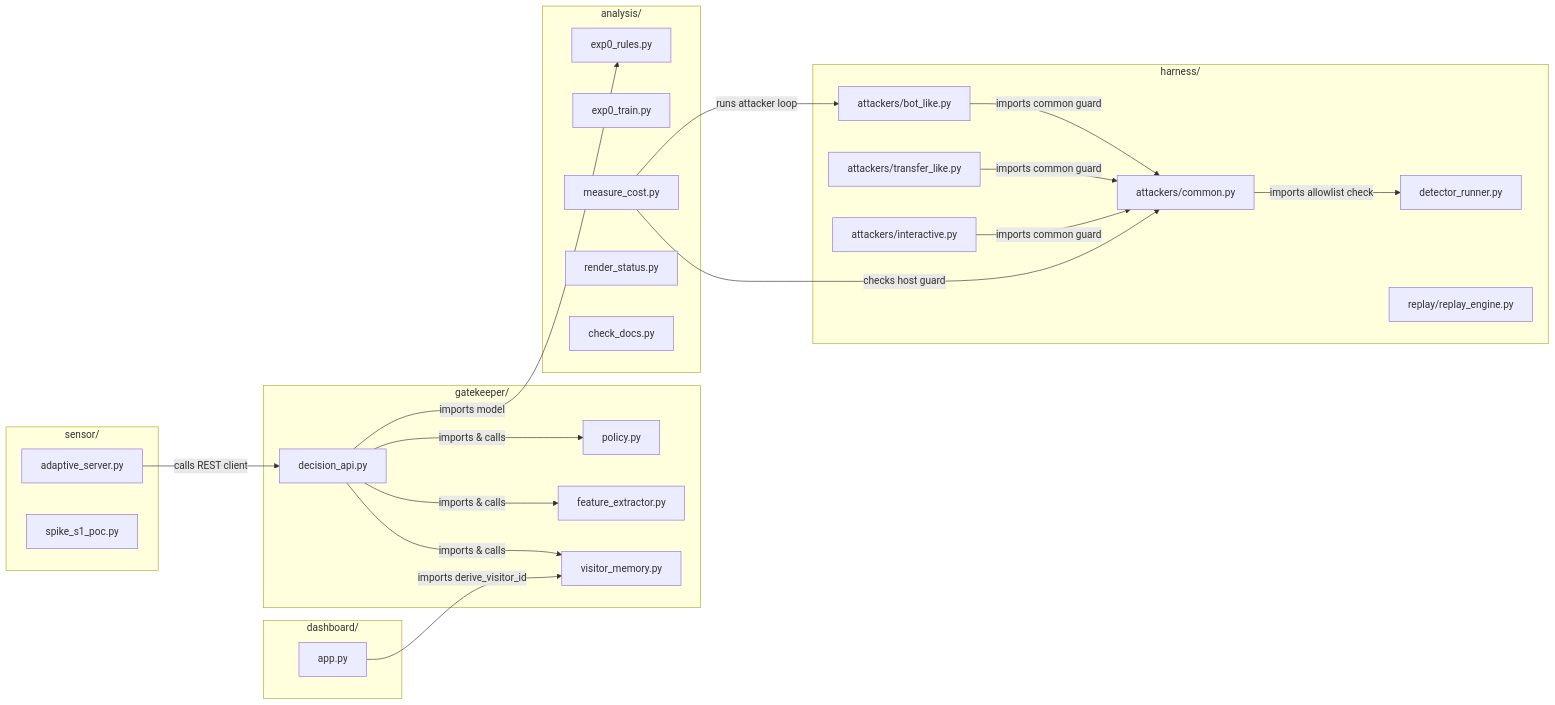
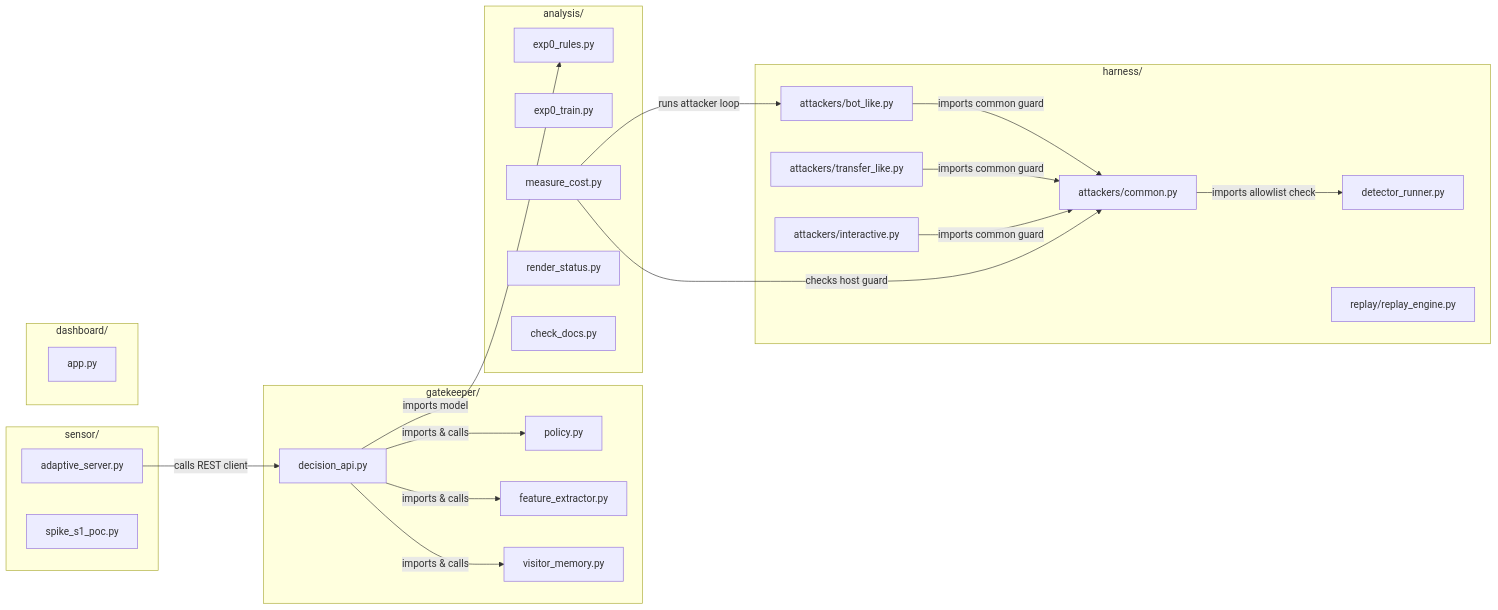
The second of 3 diagrams in docs/GRAPHIFY.md (abhinavsingh2403/Schrodinger-s-Server), drawn with Mermaid before and after one commit. The commit also changed other lines of this file and 5 other files, not shown here.

````diff
--- a/docs/GRAPHIFY.md
+++ b/docs/GRAPHIFY.md
@@ -140,55 +140,55 @@
 ```mermaid
 graph LR
     subgraph GatekeeperPackage ["gatekeeper/"]
         api["decision_api.py"]
         pol["policy.py"]
         ext["feature_extractor.py"]
         vis["visitor_memory.py"]
     end
 
     subgraph SensorPackage ["sensor/"]
         adapt["adaptive_server.py"]
         spike["spike_s1_poc.py"]
     end
 
     subgraph AnalysisPackage ["analysis/"]
         rules["exp0_rules.py"]
         train["exp0_train.py"]
         cost["measure_cost.py"]
         stat["render_status.py"]
         chk["check_docs.py"]
     end
 
     subgraph HarnessPackage ["harness/"]
         det["detector_runner.py"]
         rep["replay/replay_engine.py"]
         atk_com["attackers/common.py"]
         atk_bot["attackers/bot_like.py"]
         atk_trn["attackers/transfer_like.py"]
         atk_int["attackers/interactive.py"]
     end
 
     subgraph DashboardPackage ["dashboard/"]
         dash_app["app.py"]
     end
 
     %% Internal Gatekeeper coupling
     api -->|imports & calls| pol
     api -->|imports & calls| ext
     api -->|imports & calls| vis
     api -->|imports model| rules
 
     %% Sensor coupling
     adapt -->|calls REST client| api
 
     %% Harness coupling
     atk_com -->|imports allowlist check| det
     atk_bot -->|imports common guard| atk_com
     atk_trn -->|imports common guard| atk_com
     atk_int -->|imports common guard| atk_com
     cost -->|runs attacker loop| atk_bot
     cost -->|checks host guard| atk_com
 
     %% Dashboard coupling
-    dash_app -->|imports derive_visitor_id| vis
+    %% Dashboard opens decision_log read-only (dashboard/app.py).
 ```
````
